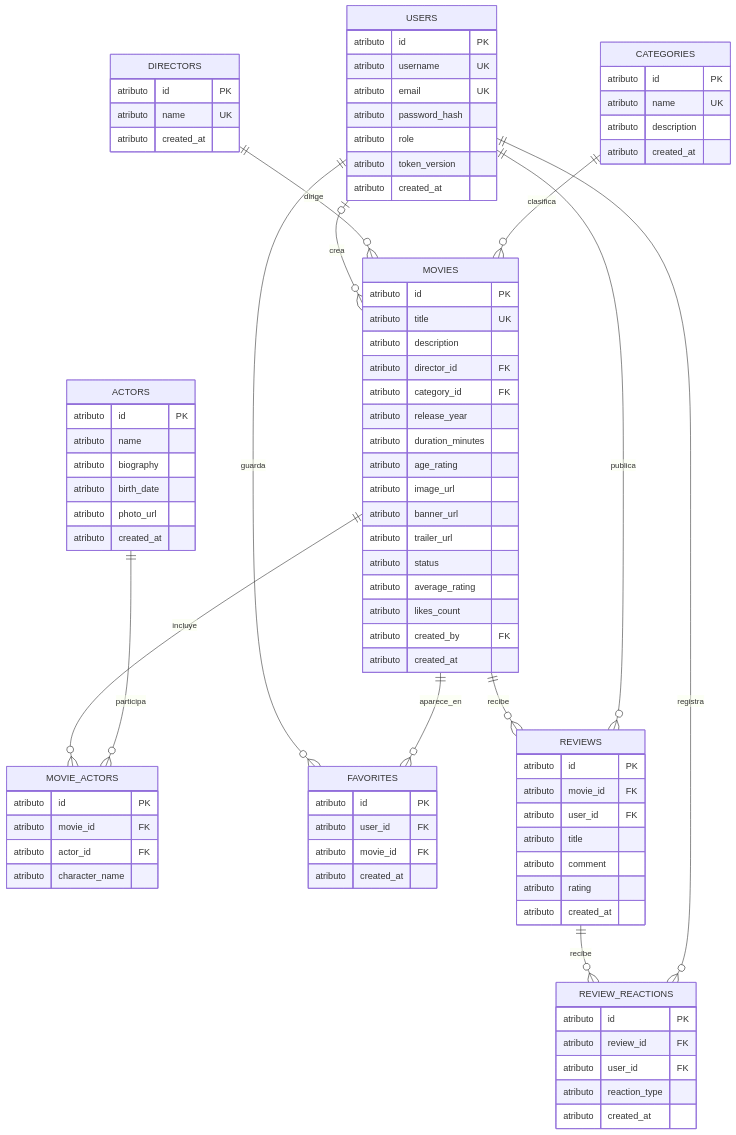
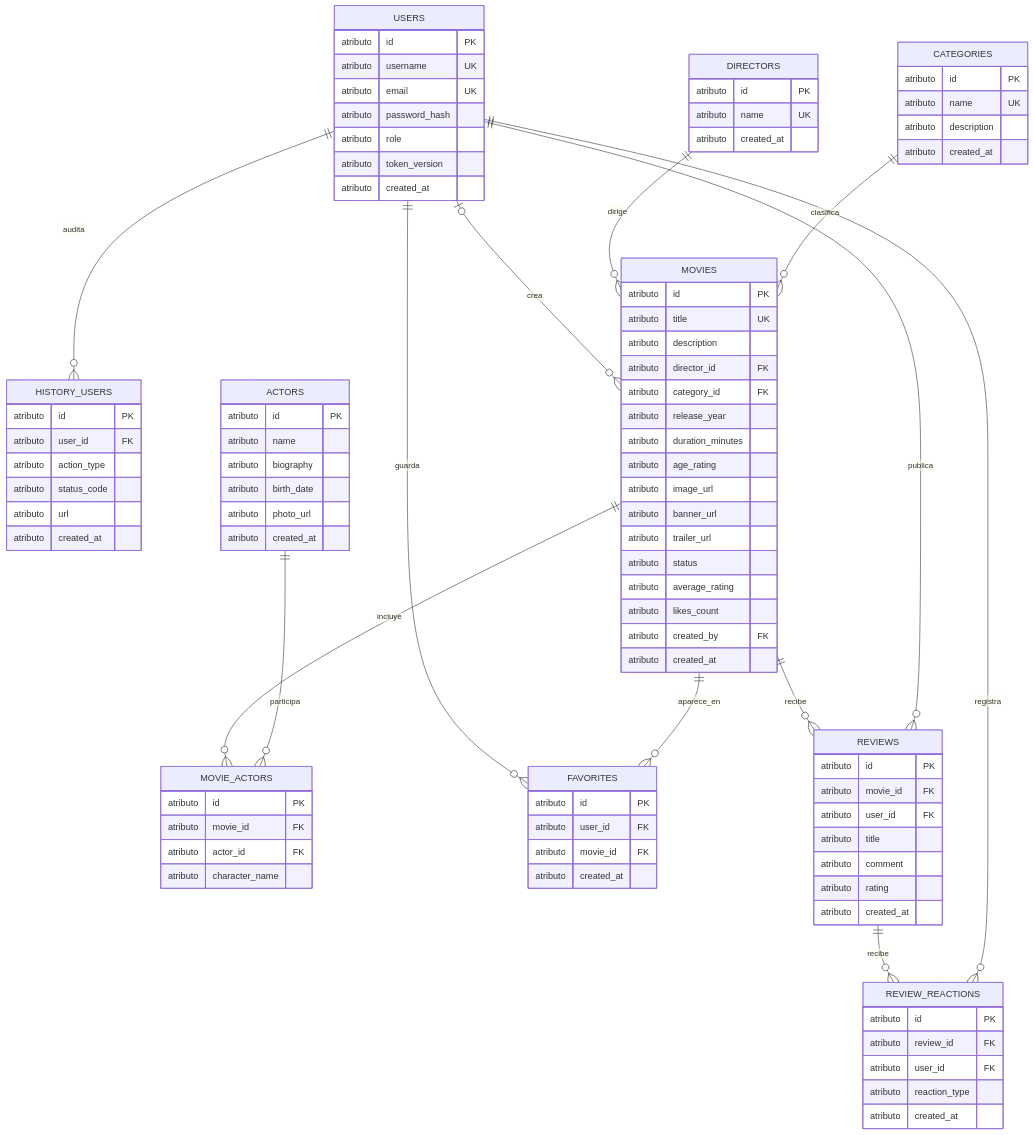
Before and after one commit to Anderson-Oloroso/karenflix-backend: the diagram in database/README.md, drawn with Mermaid. The commit also changed other lines of this file and 19 other files, not shown here.

Commit message:
audit: Create history-user for reviews

```diff
--- a/database/README.md
+++ b/database/README.md
@@ -36,6 +36,15 @@
         atributo password_hash
         atributo role
         atributo token_version
+        atributo created_at
+    }
+
+    HISTORY_USERS {
+        atributo id PK
+        atributo user_id FK
+        atributo action_type
+        atributo status_code
+        atributo url
         atributo created_at
     }
 
@@ -118,6 +127,7 @@
     MOVIES ||--o{ MOVIE_ACTORS : incluye
     ACTORS ||--o{ MOVIE_ACTORS : participa
     USERS ||--o{ FAVORITES : guarda
+    USERS ||--o{ HISTORY_USERS : audita
     MOVIES ||--o{ FAVORITES : aparece_en
     MOVIES ||--o{ REVIEWS : recibe
     USERS ||--o{ REVIEWS : publica
```
